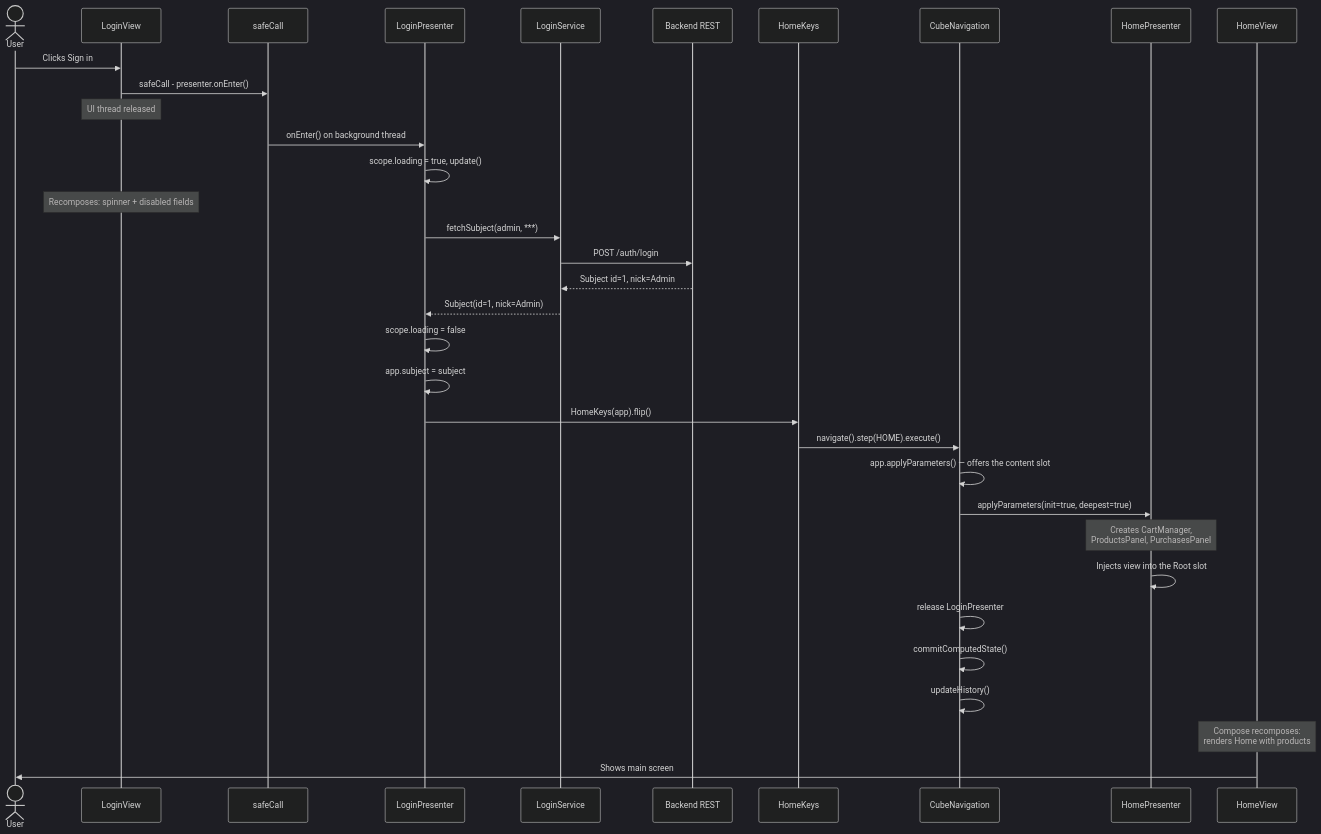
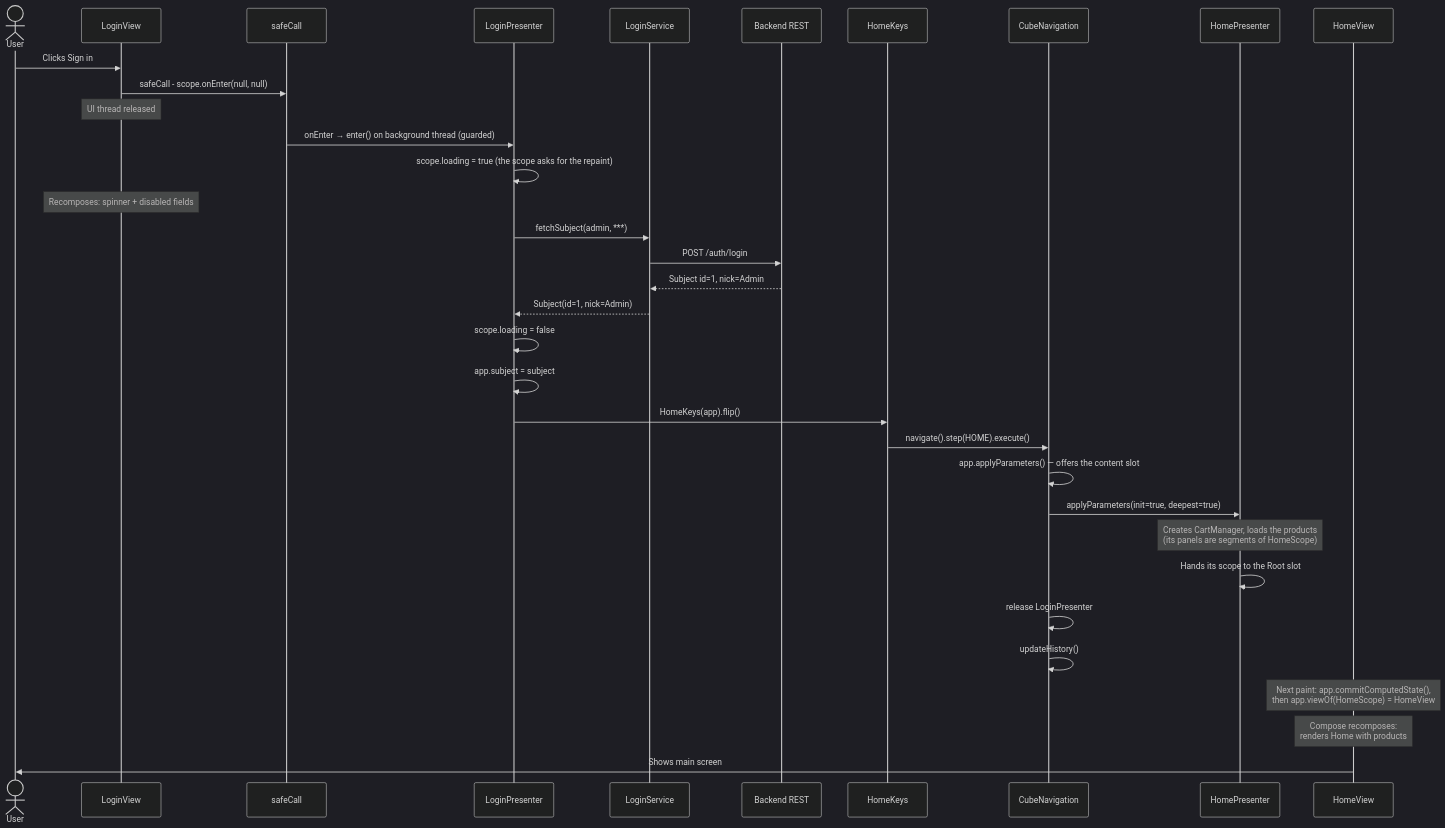
The tenth of 10 diagrams in docs/architecture.md (mrcdom/wdc-cube-kotlin), drawn with Mermaid (dark theme) before and after one commit. The commit also changed other lines of this file and 14 other files, not shown here.

First line of the commit message:
docs: actions, the view catalog, segments and cart rows

````diff
--- a/docs/architecture.md
+++ b/docs/architecture.md
@@ -522,44 +534,44 @@
 ```mermaid
 sequenceDiagram
     actor User as User
     participant LV as LoginView
     participant SC as safeCall
     participant LP as LoginPresenter
     participant LS as LoginService
     participant API as Backend REST
     participant Keys as HomeKeys
     participant Nav as CubeNavigation
     participant HP as HomePresenter
     participant HV as HomeView
 
     User->>LV: Clicks Sign in
-    LV->>SC: safeCall - presenter.onEnter()
+    LV->>SC: safeCall - scope.onEnter(null, null)
     Note over LV: UI thread released
 
-    SC->>LP: onEnter() on background thread
-    LP->>LP: scope.loading = true, update()
+    SC->>LP: onEnter → enter() on background thread (guarded)
+    LP->>LP: scope.loading = true (the scope asks for the repaint)
     Note over LV: Recomposes: spinner + disabled fields
 
     LP->>LS: fetchSubject(admin, ***)
     LS->>API: POST /auth/login
     API-->>LS: Subject id=1, nick=Admin
     LS-->>LP: Subject(id=1, nick=Admin)
 
     LP->>LP: scope.loading = false
     LP->>LP: app.subject = subject
 
     LP->>Keys: HomeKeys(app).flip()
     Keys->>Nav: navigate().step(HOME).execute()
 
     Nav->>Nav: app.applyParameters() — offers the content slot
     Nav->>HP: applyParameters(init=true, deepest=true)
-    Note over HP: Creates CartManager,<br/>ProductsPanel, PurchasesPanel
-    HP->>HP: Injects view into the Root slot
+    Note over HP: Creates CartManager, loads the products<br/>(its panels are segments of HomeScope)
+    HP->>HP: Hands its scope to the Root slot
 
     Nav->>Nav: release LoginPresenter
-    Nav->>Nav: commitComputedState()
     Nav->>Nav: updateHistory()
+    Note over HV: Next paint: app.commitComputedState(),<br/>then app.viewOf(HomeScope) = HomeView
 
     Note over HV: Compose recomposes:<br/>renders Home with products
     HV->>User: Shows main screen
 ```
````
